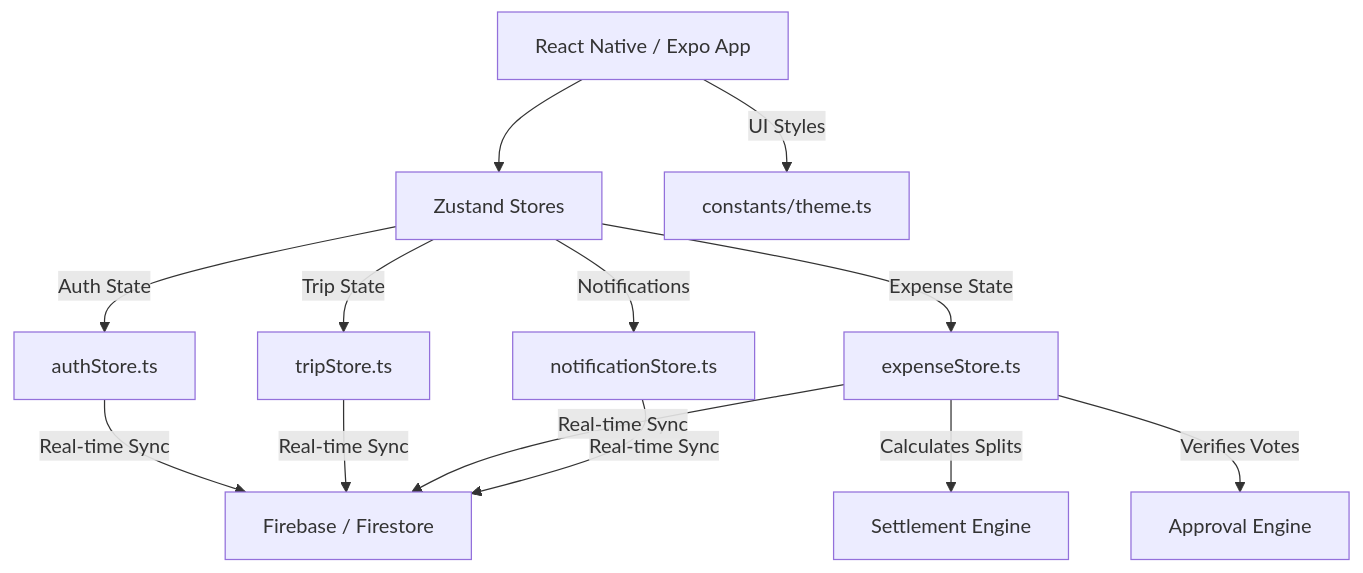
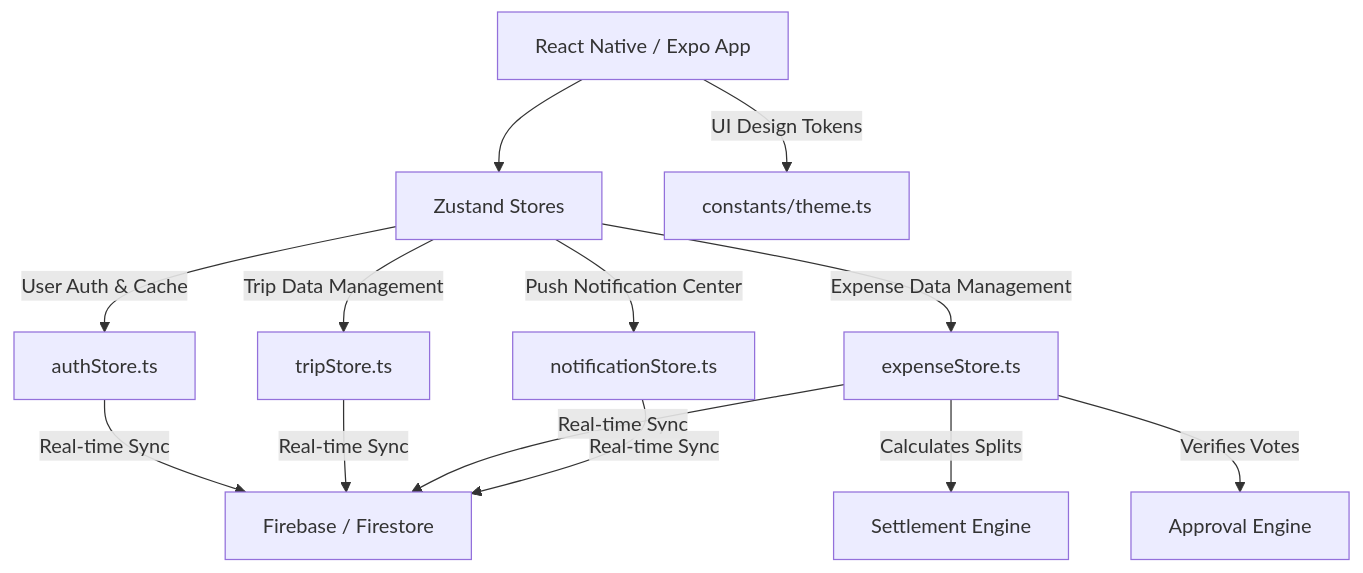
Before and after one commit to gkm563/TripSync: the diagram in README.md, drawn with Mermaid. The commit also changed other lines of this file, not shown here.

````diff
--- a/README.md
+++ b/README.md
@@ -67,14 +78,14 @@
 ```mermaid
 graph TD
     A[React Native / Expo App] --> B[Zustand Stores]
-    B -->|Auth State| C[authStore.ts]
-    B -->|Trip State| D[tripStore.ts]
-    B -->|Expense State| E[expenseStore.ts]
-    B -->|Notifications| F[notificationStore.ts]
+    B -->|User Auth & Cache| C[authStore.ts]
+    B -->|Trip Data Management| D[tripStore.ts]
+    B -->|Expense Data Management| E[expenseStore.ts]
+    B -->|Push Notification Center| F[notificationStore.ts]
     
     C & D & E & F -->|Real-time Sync| G[Firebase / Firestore]
     E -->|Calculates Splits| H[Settlement Engine]
     E -->|Verifies Votes| I[Approval Engine]
     
-    A -->|UI Styles| J[constants/theme.ts]
+    A -->|UI Design Tokens| J[constants/theme.ts]
 ```
````
